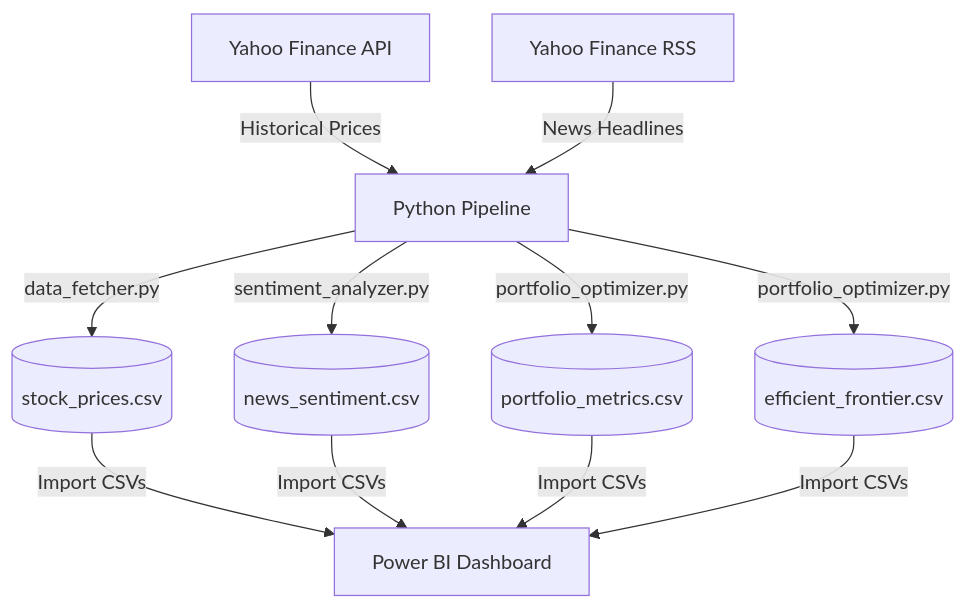
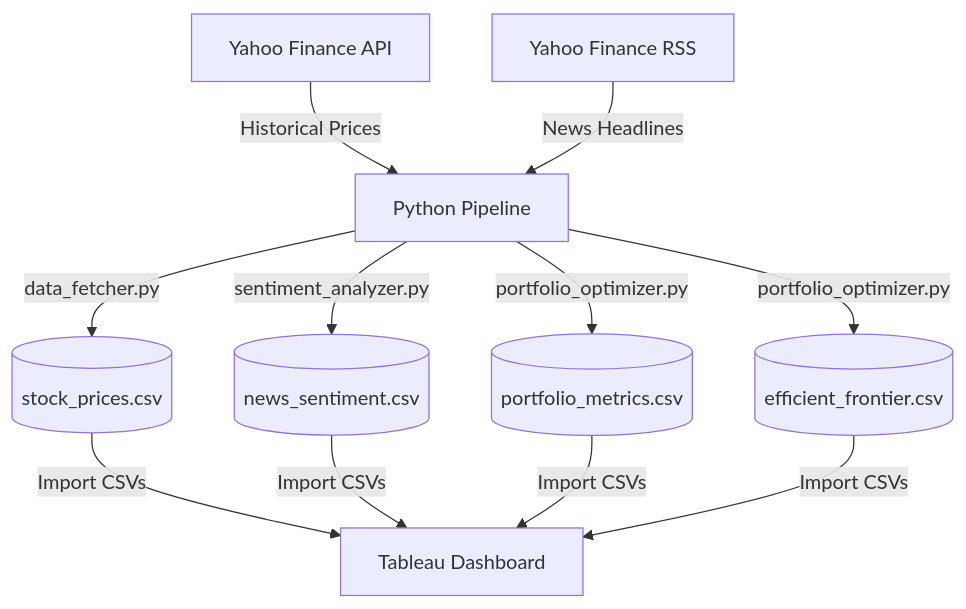
Before and after one commit to tanishq-pandey5/Stock-Portfolio-Tracker: the diagram in README.md, drawn with Mermaid. The commit also changed other lines of this file and 1 other file, not shown here.

Commit message:
Update documentation to focus 100% on Tableau, merging guides

````diff
--- a/README.md
+++ b/README.md
@@ -7,10 +7,10 @@
 ```mermaid
 graph TD
     A[Yahoo Finance API] -->|Historical Prices| B[Python Pipeline]
     C[Yahoo Finance RSS] -->|News Headlines| B
     B -->|data_fetcher.py| D[(stock_prices.csv)]
     B -->|sentiment_analyzer.py| E[(news_sentiment.csv)]
     B -->|portfolio_optimizer.py| F[(portfolio_metrics.csv)]
     B -->|portfolio_optimizer.py| G[(efficient_frontier.csv)]
-    D & E & F & G -->|Import CSVs| H[Power BI Dashboard]
+    D & E & F & G -->|Import CSVs| H[Tableau Dashboard]
 ```
````
